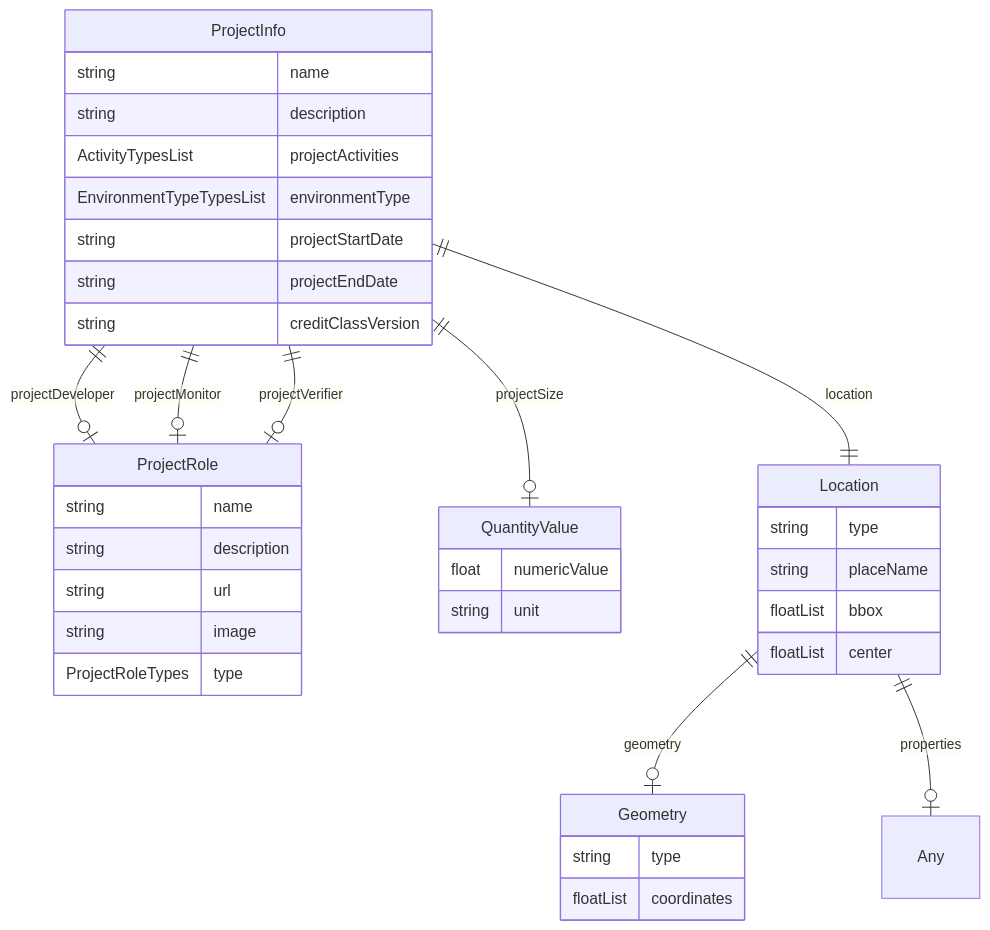
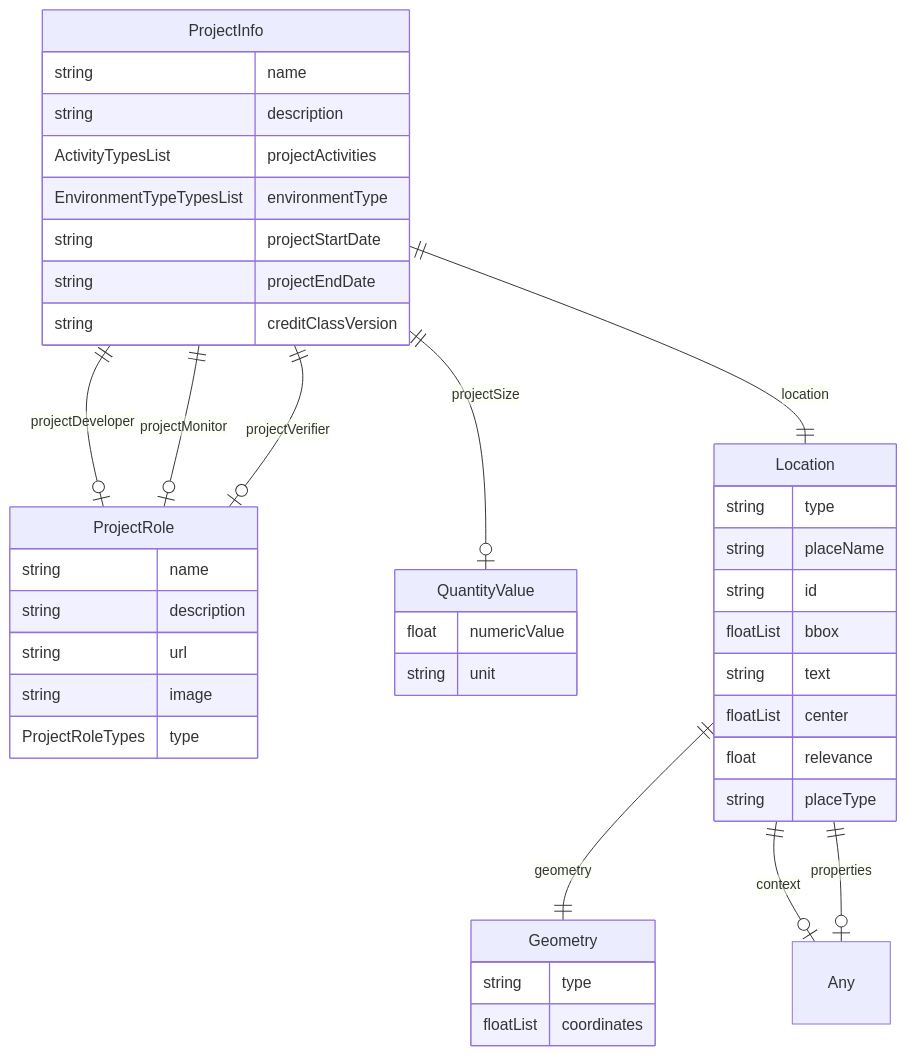
The diagram in schema/generated/ProjectInfo.md (regen-network/regen-data-standards), drawn with Mermaid before and after one commit. The commit also changed 27 other files, not shown here.

````diff
--- a/schema/generated/ProjectInfo.md
+++ b/schema/generated/ProjectInfo.md
@@ -11,45 +11,50 @@
 ```mermaid
 erDiagram
 ProjectInfo {
     string name  
     string description  
     ActivityTypesList projectActivities  
     EnvironmentTypeTypesList environmentType  
     string projectStartDate  
     string projectEndDate  
     string creditClassVersion  
 }
 ProjectRole {
     string name  
     string description  
     string url  
     string image  
     ProjectRoleTypes type  
 }
 QuantityValue {
     float numericValue  
     string unit  
 }
 Location {
     string type  
     string placeName  
+    string id  
     floatList bbox  
+    string text  
     floatList center  
+    float relevance  
+    string placeType  
 }
 Any {
 
 }
 Geometry {
     string type  
     floatList coordinates  
 }
 
 ProjectInfo ||--|| Location : "location"
 ProjectInfo ||--|o QuantityValue : "projectSize"
 ProjectInfo ||--|o ProjectRole : "projectDeveloper"
 ProjectInfo ||--|o ProjectRole : "projectMonitor"
 ProjectInfo ||--|o ProjectRole : "projectVerifier"
-Location ||--|o Geometry : "geometry"
+Location ||--|| Geometry : "geometry"
+Location ||--|o Any : "context"
 Location ||--|o Any : "properties"
 
 ```
````
